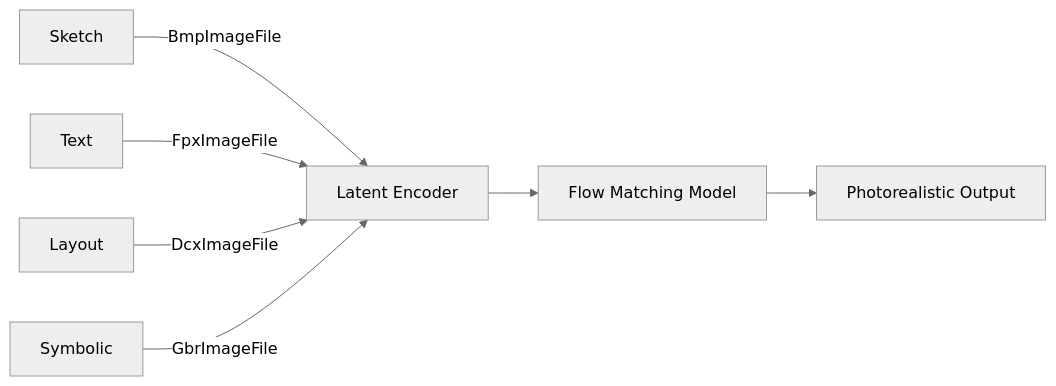
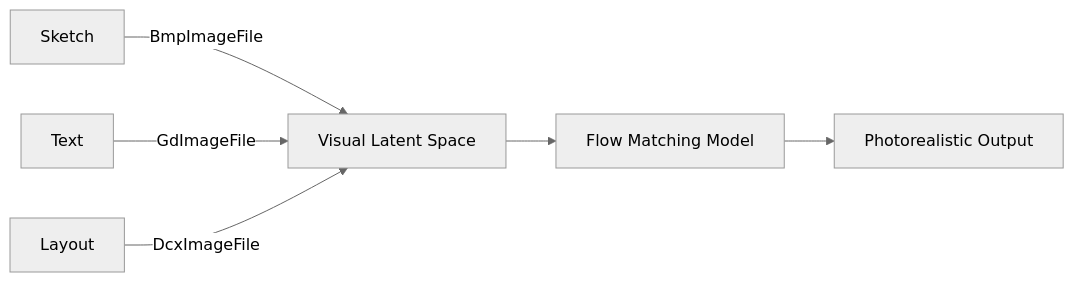
The diagram in README.md (Lumi-node/flowinone), drawn with Mermaid (neutral theme) before and after one commit. The commit also changed other lines of this file and 10 other files, not shown here.

Commit message:
Initial release: FlowInOne

````diff
--- a/README.md
+++ b/README.md
@@ -80,9 +75,8 @@
 ```mermaid
 graph LR
-    A[Sketch] -->|BmpImageFile| C[Latent Encoder]
-    B[Text] -->|FpxImageFile| C
-    D[Layout] -->|DcxImageFile| C
-    E[Symbolic] -->|GbrImageFile| C
-    C --> F[Flow Matching Model]
-    F --> G[Photorealistic Output]
+    A[Sketch] -->|BmpImageFile| D[Visual Latent Space]
+    B[Text] -->|GdImageFile| D
+    C[Layout] -->|DcxImageFile| D
+    D --> E[Flow Matching Model]
+    E --> F[Photorealistic Output]
 ```
````
